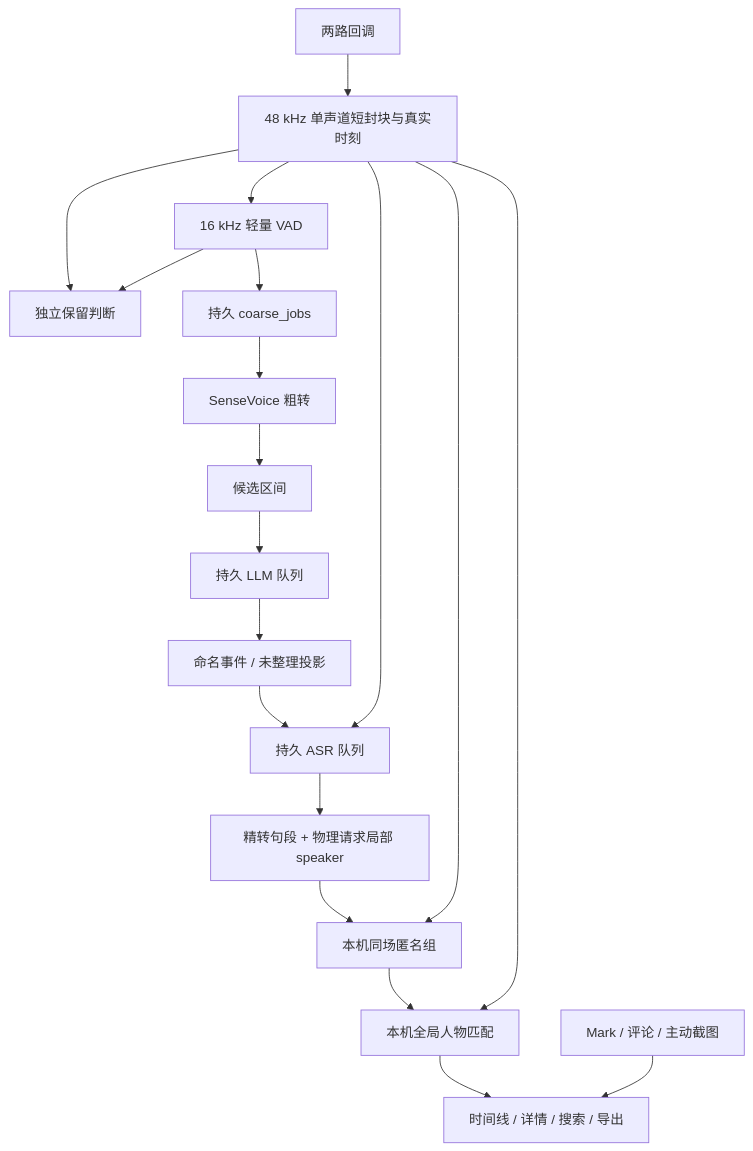
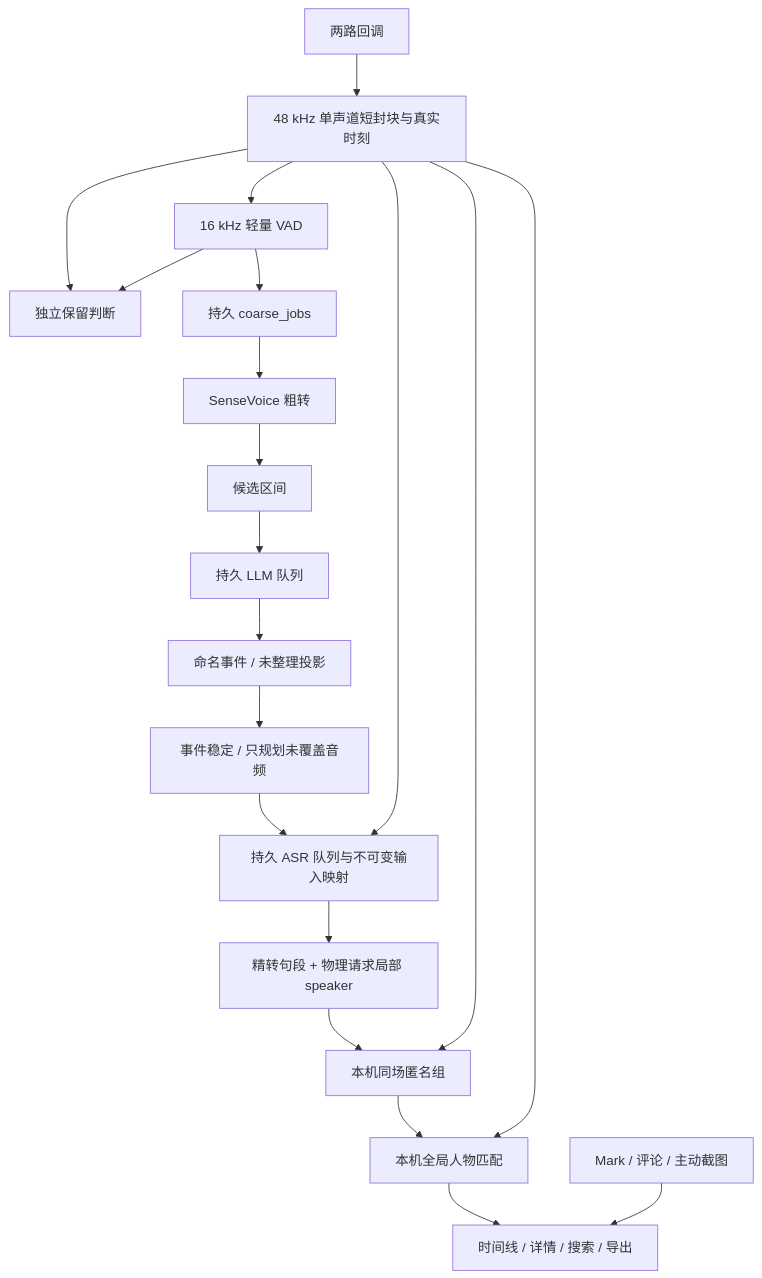
One commit to hAcKlyc/loppi changed the second of 2 diagrams in specs/ARCHITECTURE.md. Above: the diagram before and after it, drawn with Mermaid. The commit also changed other lines of this file and 17 other files, not shown here.

````diff
--- a/specs/ARCHITECTURE.md
+++ b/specs/ARCHITECTURE.md
@@ -69,21 +69,22 @@
 ```mermaid
 flowchart TD
   C[两路回调] --> B[48 kHz 单声道短封块与真实时刻]
   B --> R[独立保留判断]
   B --> V[16 kHz 轻量 VAD]
   V --> R
   V --> J[持久 coarse_jobs]
   J --> S[SenseVoice 粗转]
   S --> K[候选区间]
   K --> Q1[持久 LLM 队列]
   Q1 --> E[命名事件 / 未整理投影]
-  E --> Q2[持久 ASR 队列]
+  E --> ST[事件稳定 / 只规划未覆盖音频]
+  ST --> Q2[持久 ASR 队列与不可变输入映射]
   B --> Q2
   Q2 --> P[精转句段 + 物理请求局部 speaker]
   P --> G[本机同场匿名组]
   B --> G
   G --> I[本机全局人物匹配]
   B --> I
   I --> T[时间线 / 详情 / 搜索 / 导出]
   M[Mark / 评论 / 主动截图] --> T
 ```
````
